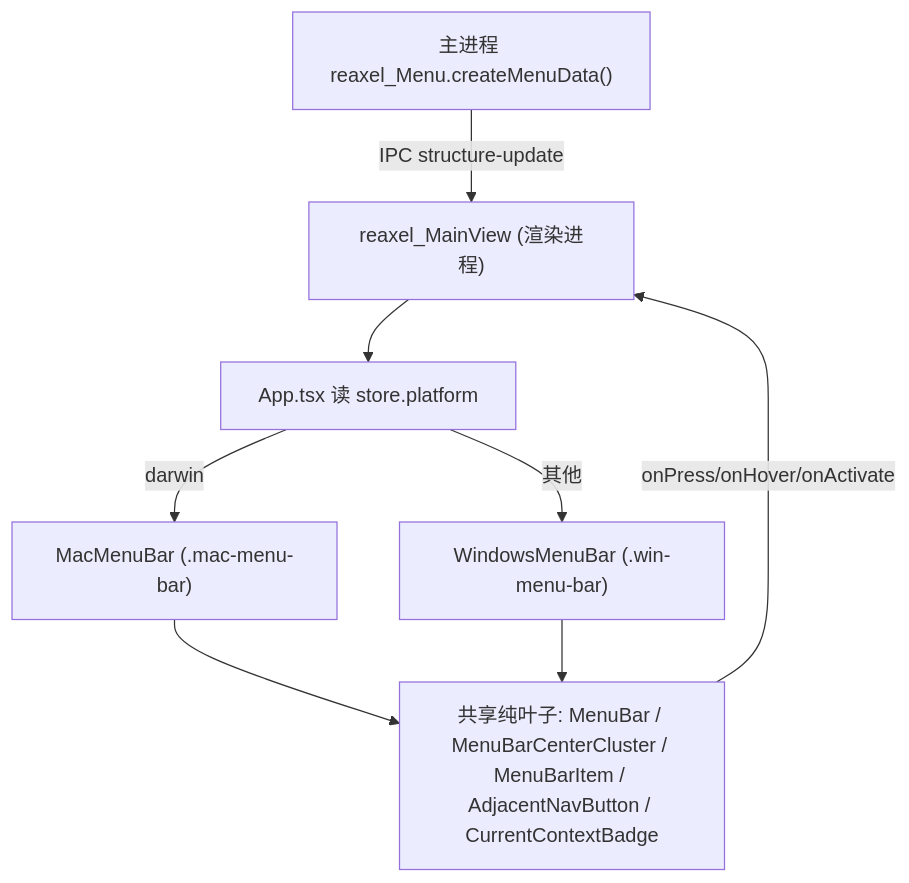
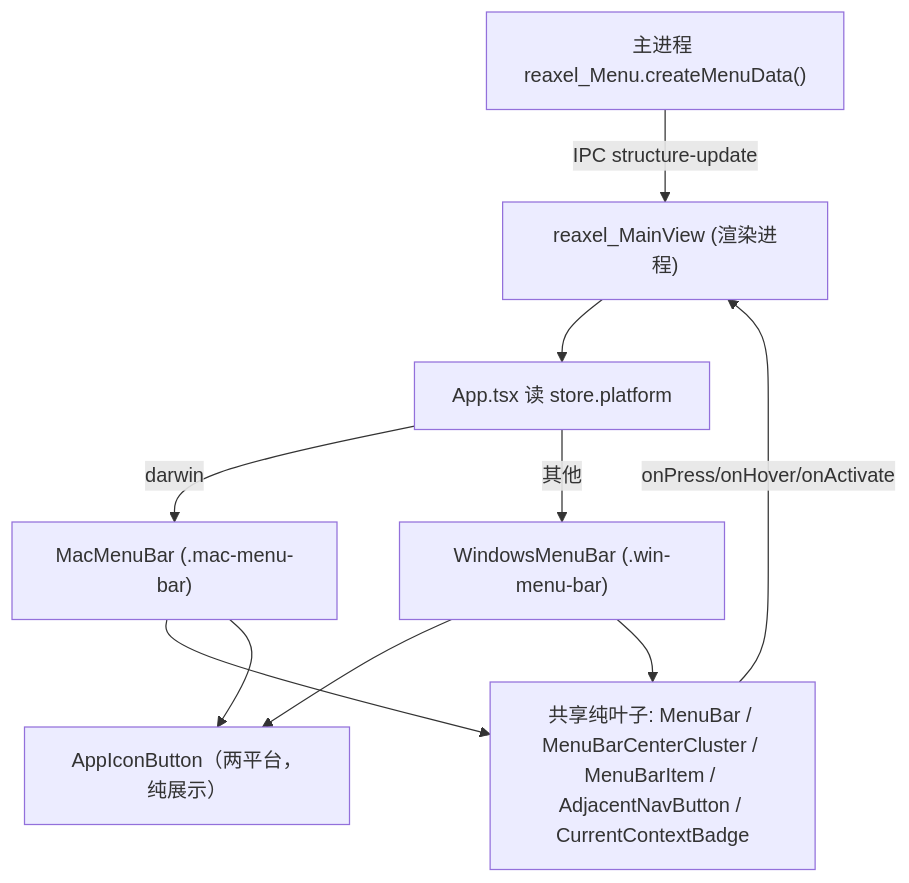
Before and after one commit to Kane-Kuroneko/electron-reaxes-react: the diagram in projects/ChatAIO/docs/architecture/menubar-platform-paths.md, drawn with Mermaid. The commit also changed other lines of this file and 5 other files, not shown here.

First line of the commit message:
feat(ChatAIO): show app icon on Win/macOS menubar

````diff
--- a/projects/ChatAIO/docs/architecture/menubar-platform-paths.md
+++ b/projects/ChatAIO/docs/architecture/menubar-platform-paths.md
@@ -77,10 +79,12 @@
 ```mermaid
 flowchart TD
 	Main["主进程 reaxel_Menu.createMenuData()"] -->|IPC structure-update| Reaxel["reaxel_MainView (渲染进程)"]
 	Reaxel --> AppRoot["App.tsx 读 store.platform"]
 	AppRoot -->|darwin| Mac["MacMenuBar (.mac-menu-bar)"]
 	AppRoot -->|其他| Win["WindowsMenuBar (.win-menu-bar)"]
 	Mac --> Shared["共享纯叶子: MenuBar / MenuBarCenterCluster / MenuBarItem / AdjacentNavButton / CurrentContextBadge"]
+	Mac --> AppIcon["AppIconButton（两平台，纯展示）"]
+	Win --> AppIcon
 	Win --> Shared
 	Shared -->|onPress/onHover/onActivate| Reaxel
 ```
````
